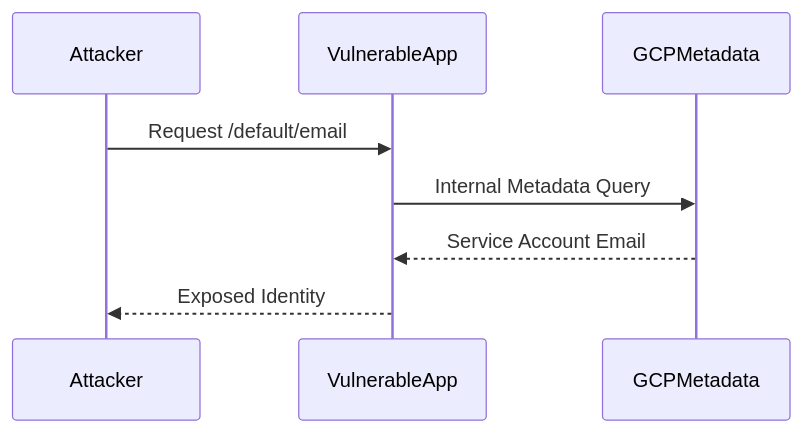
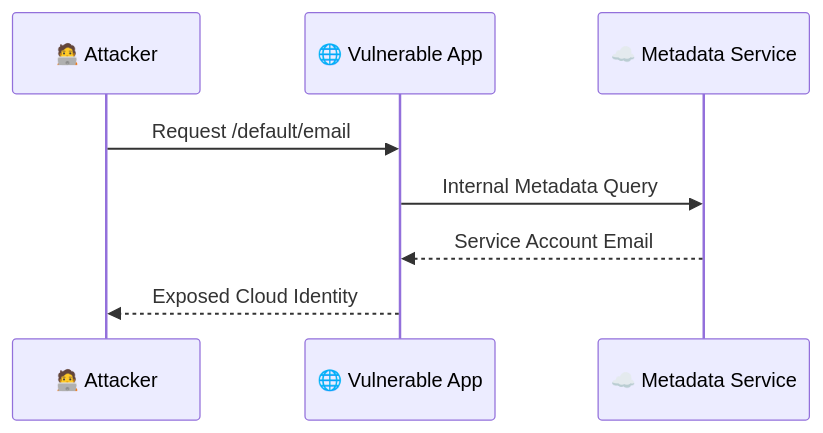
The ninth of 13 diagrams in Cloud_Security/Compute Engine Intrusion/solution.md (ashrithpeechara/infinity_learning), drawn with Mermaid before and after one commit. The commit also changed other lines of this file, not shown here.

````diff
--- a/Cloud_Security/Compute Engine Intrusion/solution.md
+++ b/Cloud_Security/Compute Engine Intrusion/solution.md
@@ -185,11 +221,11 @@
 ```mermaid
 sequenceDiagram
-    participant Attacker
-    participant VulnerableApp
-    participant GCPMetadata
+    participant A as 🧑‍💻 Attacker
+    participant B as 🌐 Vulnerable App
+    participant C as ☁️ Metadata Service
 
-    Attacker->>VulnerableApp: Request /default/email
-    VulnerableApp->>GCPMetadata: Internal Metadata Query
-    GCPMetadata-->>VulnerableApp: Service Account Email
-    VulnerableApp-->>Attacker: Exposed Identity
+    A->>B: Request /default/email
+    B->>C: Internal Metadata Query
+    C-->>B: Service Account Email
+    B-->>A: Exposed Cloud Identity
 ```
````
